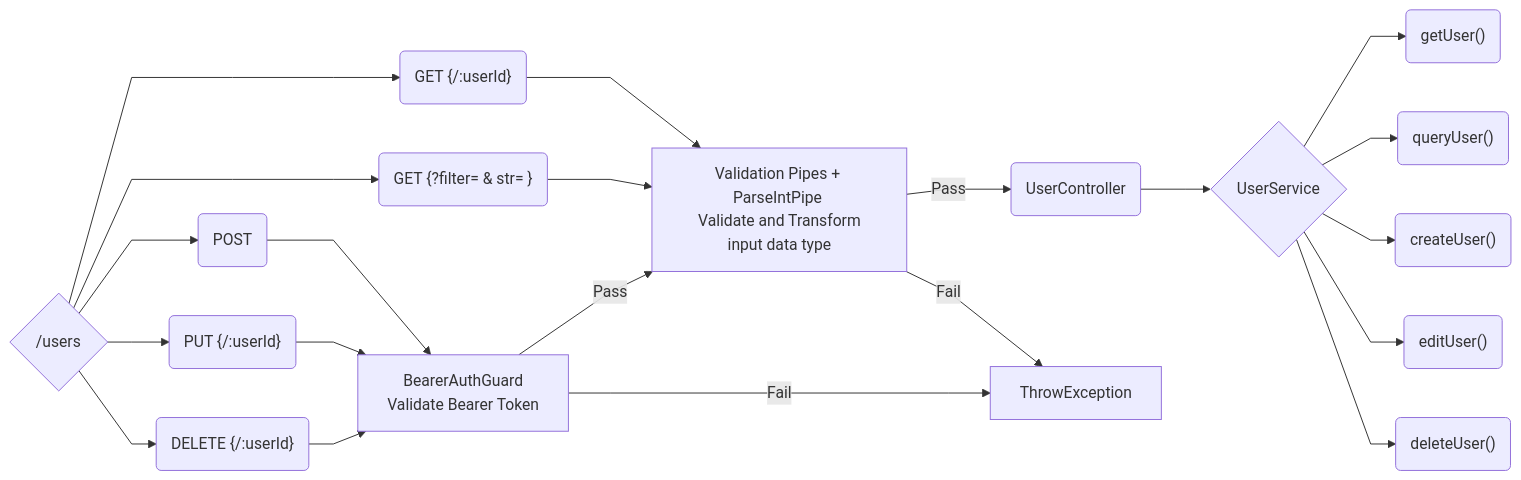
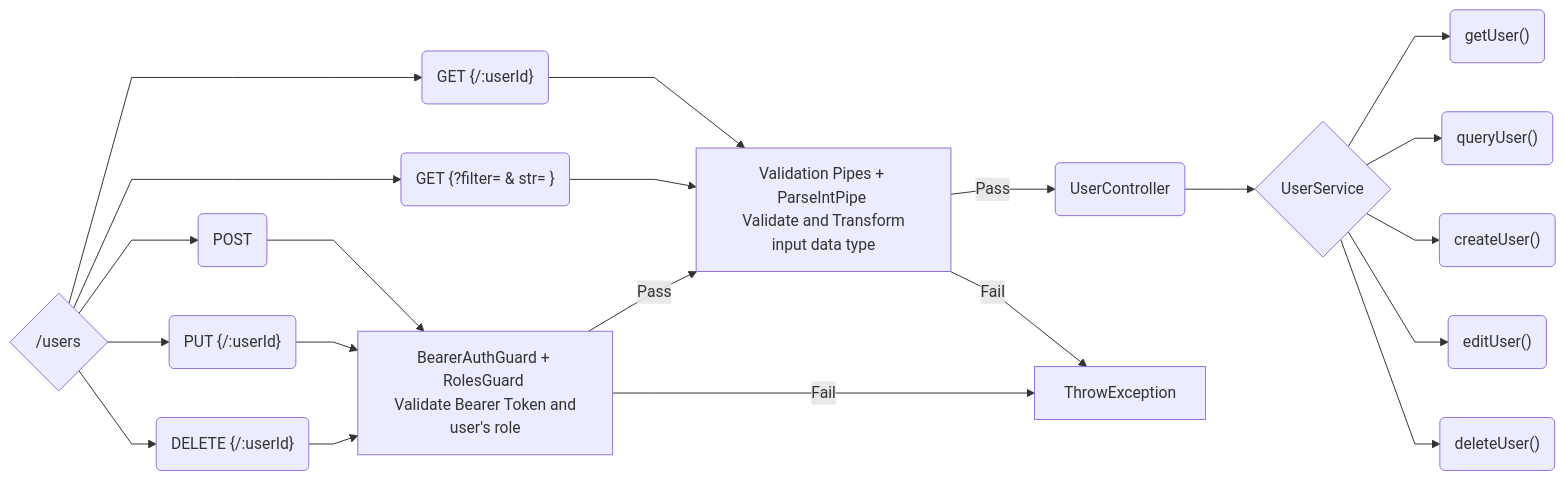
One commit to JTKiew/NTUCool-Interview changed the first of 3 diagrams in README.md. Above: the diagram before and after it, drawn with Mermaid. The commit also changed other lines of this file and 10 other files, not shown here.

Commit message:
implement RolesGuard

````diff
--- a/README.md
+++ b/README.md
@@ -31,30 +35,30 @@
 ```mermaid
 %%{ init : { "flowchart" : { "curve" : "linear" }}}%%
 graph LR
     B{/users}
     B --> F("GET {/:userId}") 
     B --> G("GET {?filter= & str= }") 
     B --> E("POST ") 
     B --> H("PUT {/:userId}") 
     B --> I("DELETE {/:userId}") 
     
     Pipes["Validation Pipes + ParseIntPipe <br> Validate and Transform input data type"]
-    Guards["BearerAuthGuard <br> Validate Bearer Token"]
+    Guards["BearerAuthGuard + RolesGuard <br> Validate Bearer Token and user's role"]
    
     F & G --> Pipes
     E & H & I --> Guards
     
     Guards --> |"Pass"| Pipes
     Pipes --> |"Pass"| J(UserController)
     
     Pipes --> |"Fail"| ThrowException
     Guards --> |"Fail"| ThrowException
     
 
     J --> K{UserService}
     K --> M("getUser()")
     K --> N("queryUser()")
     K --> L("createUser()")
     K --> O("editUser()")
     K --> P("deleteUser()")
 ``` 
````
